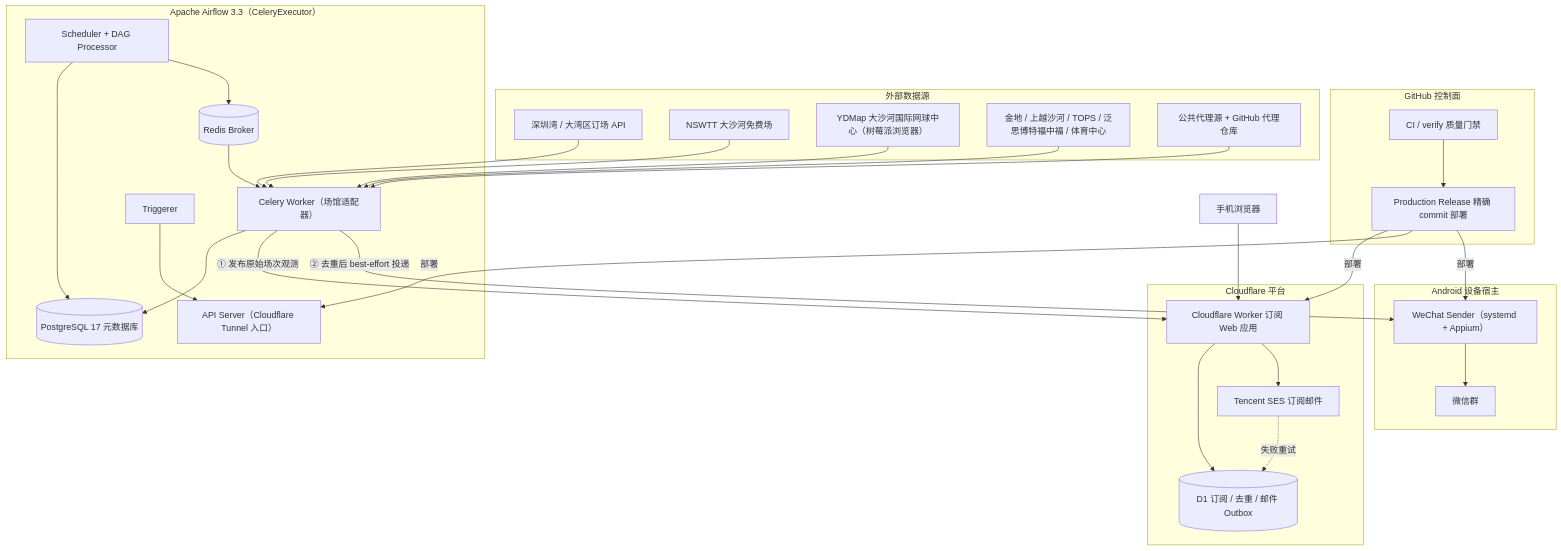
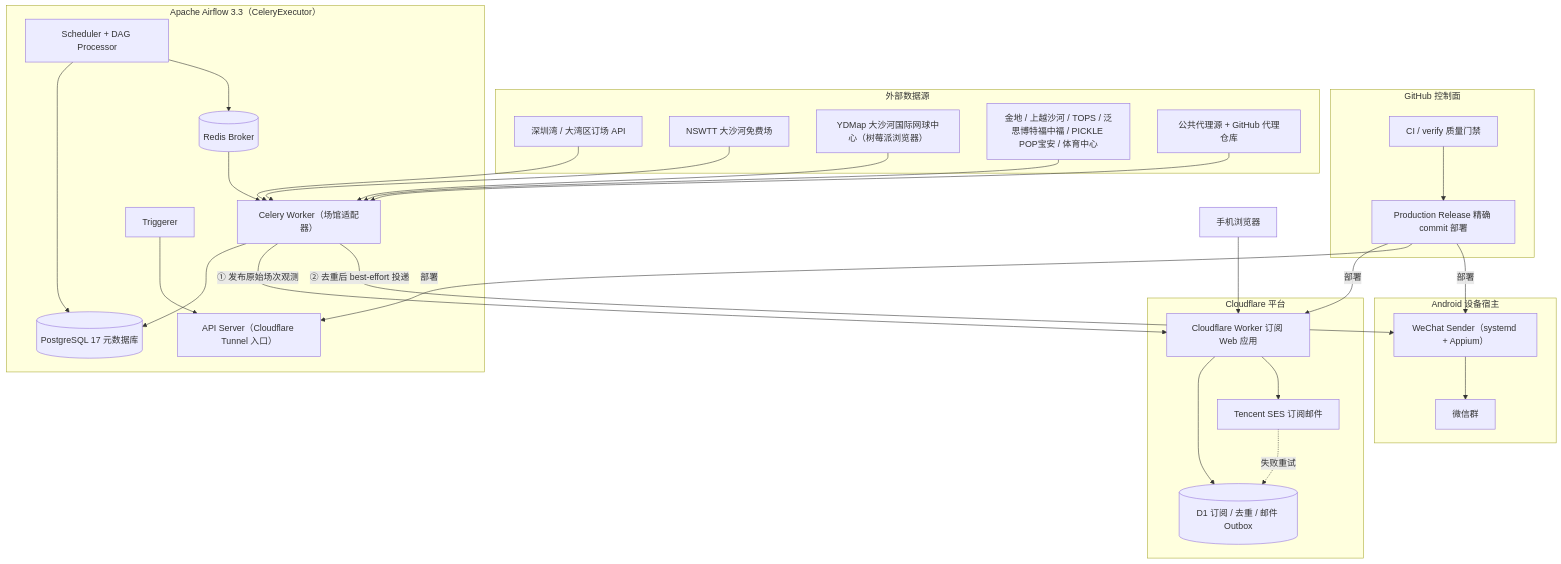
The diagram in README.md (claude89757/wechat-on-airflow), drawn with Mermaid before and after one commit. The commit also changed other lines of this file and 22 other files, not shown here.

````diff
--- a/README.md
+++ b/README.md
@@ -24,60 +24,60 @@
 ```mermaid
 flowchart TB
     subgraph control["GitHub 控制面"]
         CI["CI / verify 质量门禁"]
         Release["Production Release 精确 commit 部署"]
         CI --> Release
     end
 
     subgraph sources["外部数据源"]
         SZ["深圳湾 / 大湾区订场 API"]
         NSWTT["NSWTT 大沙河免费场"]
         YDMAP["YDMap 大沙河国际网球中心（树莓派浏览器）"]
-        VENUES["金地 / 上越沙河 / TOPS / 泛思博特福中福 / 体育中心"]
+        VENUES["金地 / 上越沙河 / TOPS / 泛思博特福中福 / PICKLE POP宝安 / 体育中心"]
         PROXY["公共代理源 + GitHub 代理仓库"]
     end
 
     subgraph airflow["Apache Airflow 3.3（CeleryExecutor）"]
         Scheduler["Scheduler + DAG Processor"]
         Worker["Celery Worker（场馆适配器）"]
         Triggerer["Triggerer"]
         DB[("PostgreSQL 17 元数据库")]
         Redis[("Redis Broker")]
         ApiSrv["API Server（Cloudflare Tunnel 入口）"]
         Scheduler --> DB
         Scheduler --> Redis
         Redis --> Worker
         Worker --> DB
         Triggerer --> ApiSrv
     end
 
     subgraph cf["Cloudflare 平台"]
         WebApp["Cloudflare Worker 订阅 Web 应用"]
         D1[("D1 订阅 / 去重 / 邮件 Outbox")]
         SES["Tencent SES 订阅邮件"]
         WebApp --> D1
         WebApp --> SES
         SES -. 失败重试 .-> D1
     end
 
     subgraph android["Android 设备宿主"]
         Sender["WeChat Sender（systemd + Appium）"]
         Chat["微信群"]
         Sender --> Chat
     end
 
     Browser["手机浏览器"] --> WebApp
 
     SZ --> Worker
     NSWTT --> Worker
     YDMAP --> Worker
     VENUES --> Worker
     PROXY --> Worker
 
     Worker -->|"① 发布原始场次观测"| WebApp
     Worker -->|"② 去重后 best-effort 投递"| Sender
 
     Release -->|"部署"| WebApp
     Release -->|"部署"| ApiSrv
     Release -->|"部署"| Sender
 ```
````
